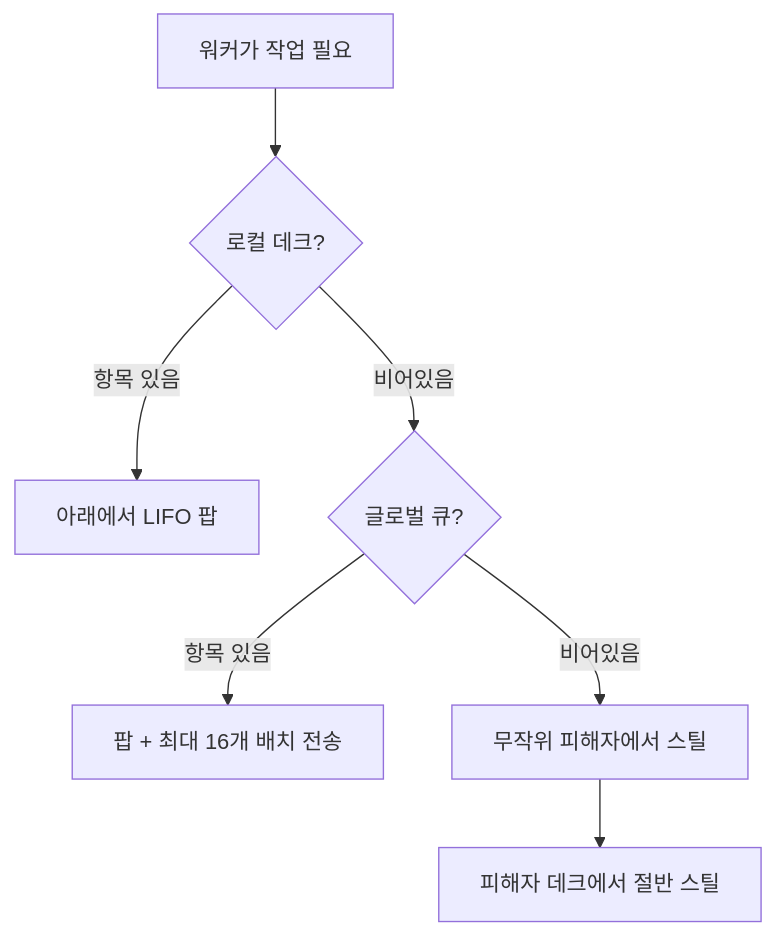
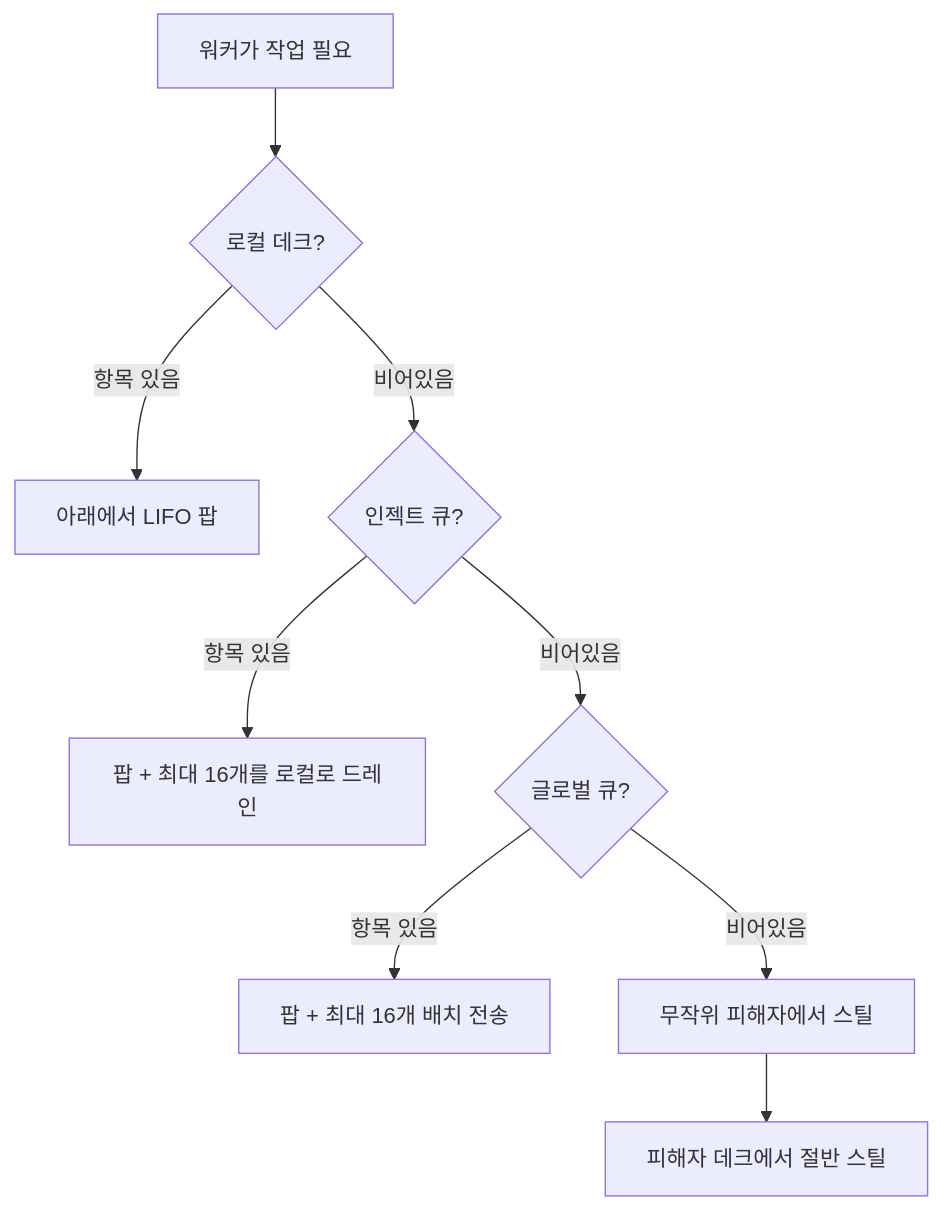
Before and after one commit to wippyai/docs: the first of 2 diagrams in ko/internals/scheduler.md, drawn with Mermaid. The commit also changed other lines of this file and 1108 other files, not shown here.

````diff
--- a/ko/internals/scheduler.md
+++ b/ko/internals/scheduler.md
@@ -47,9 +47,11 @@
 ```mermaid
 flowchart TD
     W[워커가 작업 필요] --> L{로컬 데크?}
     L -->|항목 있음| LP[아래에서 LIFO 팝]
-    L -->|비어있음| G{글로벌 큐?}
+    L -->|비어있음| I{인젝트 큐?}
+    I -->|항목 있음| IP[팝 + 최대 16개를 로컬로 드레인]
+    I -->|비어있음| G{글로벌 큐?}
     G -->|항목 있음| GP[팝 + 최대 16개 배치 전송]
     G -->|비어있음| S[무작위 피해자에서 스틸]
     S --> SH[피해자 데크에서 절반 스틸]
 ```
````
